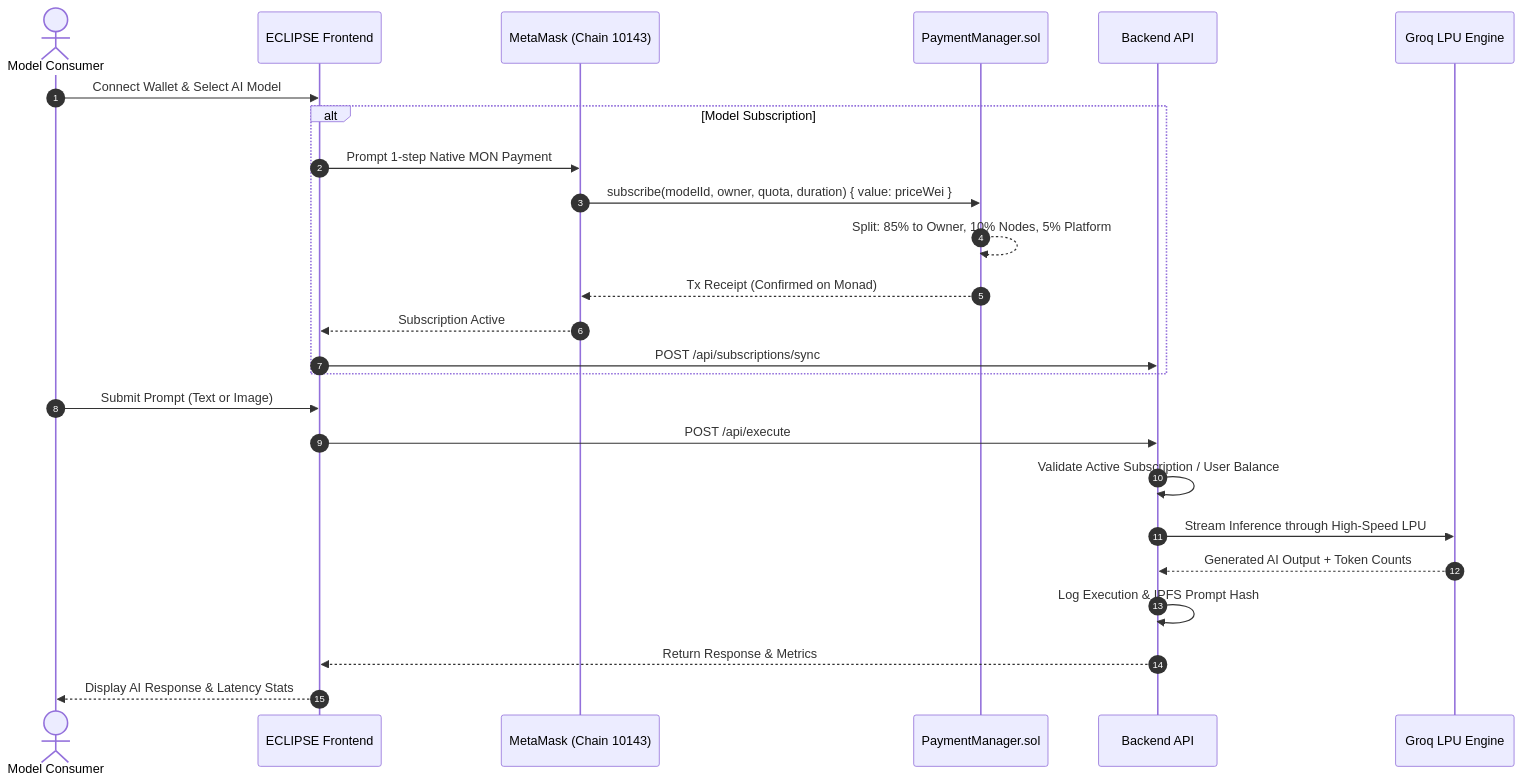
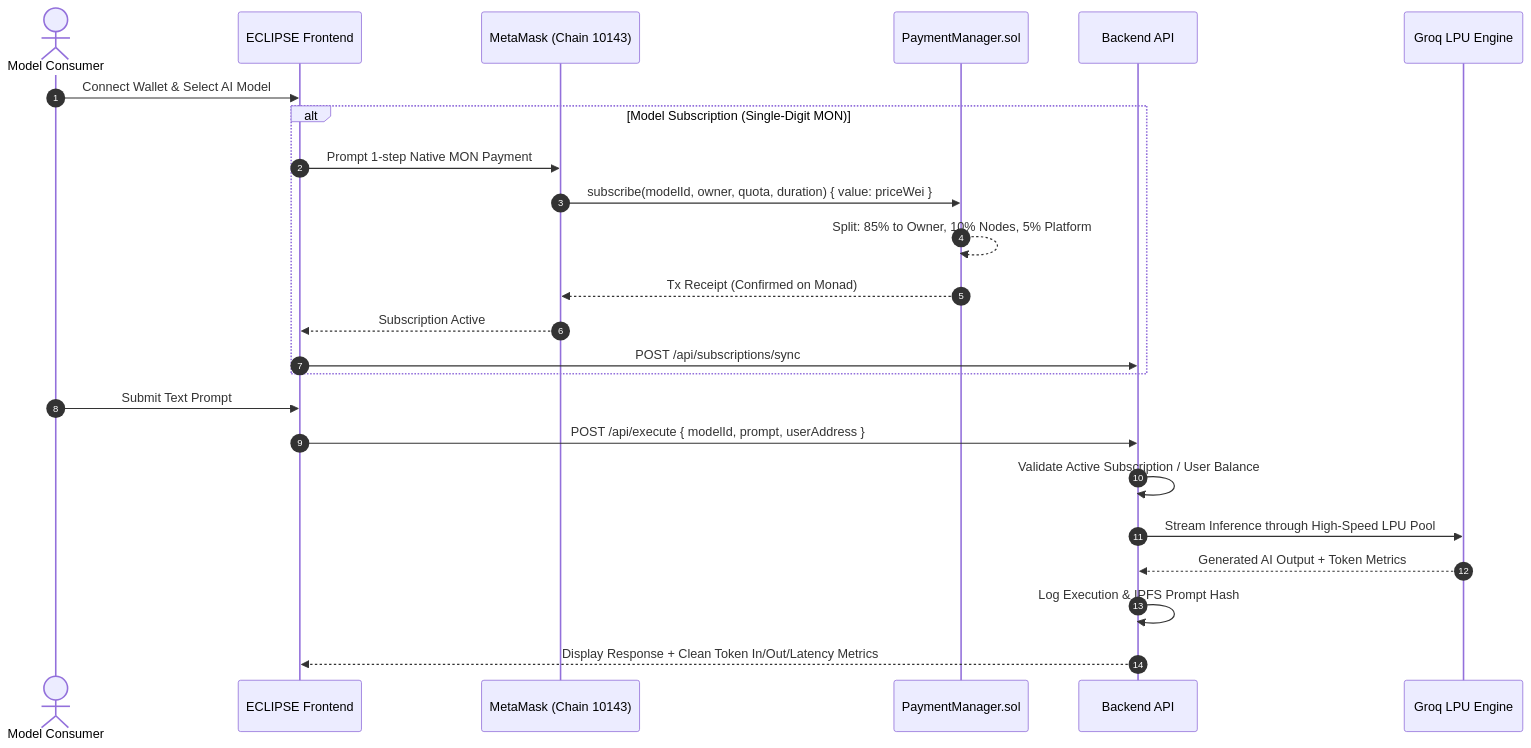
One commit to Arpit-R-Doshi/monadhacks changed the second of 3 diagrams in README.md. Above: the diagram before and after it, drawn with Mermaid. The commit also changed other lines of this file and 7 other files, not shown here.

Commit message:
docs: comprehensive update to all readmes, architecture, deployment, and api specifications

````diff
--- a/README.md
+++ b/README.md
@@ -95,29 +113,28 @@
 ```mermaid
 sequenceDiagram
     autonumber
     actor User as Model Consumer
     participant UI as ECLIPSE Frontend
     participant Wallet as MetaMask (Chain 10143)
     participant Contract as PaymentManager.sol
     participant API as Backend API
     participant Groq as Groq LPU Engine
 
     User->>UI: Connect Wallet & Select AI Model
-    alt Model Subscription
+    alt Model Subscription (Single-Digit MON)
         UI->>Wallet: Prompt 1-step Native MON Payment
         Wallet->>Contract: subscribe(modelId, owner, quota, duration) { value: priceWei }
         Contract-->>Contract: Split: 85% to Owner, 10% Nodes, 5% Platform
         Contract-->>Wallet: Tx Receipt (Confirmed on Monad)
         Wallet-->>UI: Subscription Active
         UI->>API: POST /api/subscriptions/sync
     end
 
-    User->>UI: Submit Prompt (Text or Image)
-    UI->>API: POST /api/execute
+    User->>UI: Submit Text Prompt
+    UI->>API: POST /api/execute { modelId, prompt, userAddress }
     API->>API: Validate Active Subscription / User Balance
-    API->>Groq: Stream Inference through High-Speed LPU
-    Groq-->>API: Generated AI Output + Token Counts
+    API->>Groq: Stream Inference through High-Speed LPU Pool
+    Groq-->>API: Generated AI Output + Token Metrics
     API->>API: Log Execution & IPFS Prompt Hash
-    API-->>UI: Return Response & Metrics
-    UI-->>User: Display AI Response & Latency Stats
+    API-->>UI: Display Response + Clean Token In/Out/Latency Metrics
 ```
````
